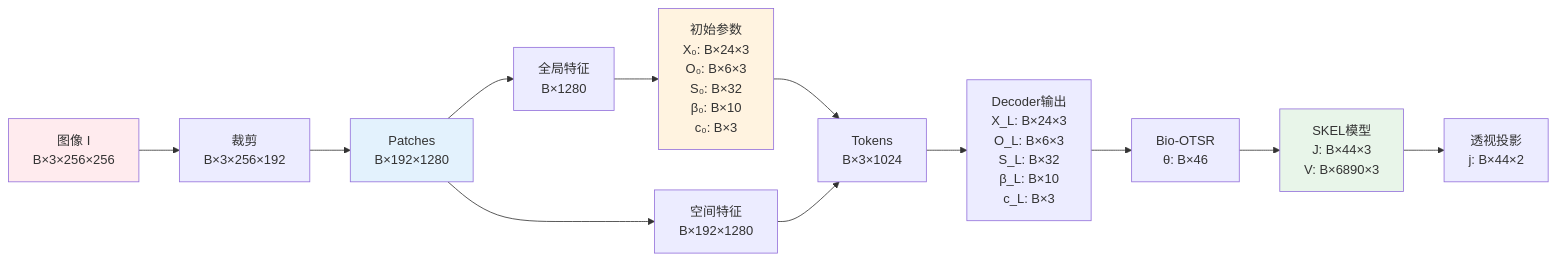
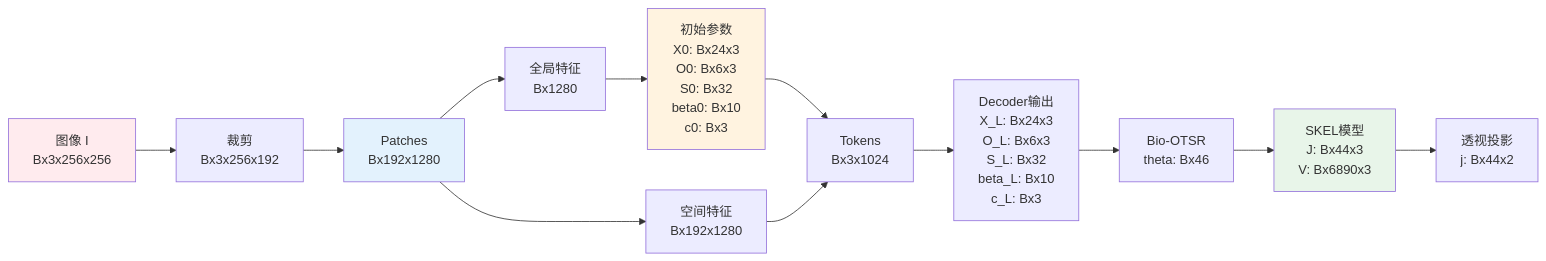
Before and after one commit to xhforever/Bio-OTSR: the eighth of 8 diagrams in docs/ALGORITHM_FLOWCHART.md, drawn with Mermaid. The commit also changed other lines of this file and 693 other files, not shown here.

````diff
--- a/docs/ALGORITHM_FLOWCHART.md
+++ b/docs/ALGORITHM_FLOWCHART.md
@@ -946,27 +946,27 @@
 ```mermaid
 flowchart LR
-    I["图像 I<br/>B×3×256×256"] --> Crop["裁剪<br/>B×3×256×192"]
+    I["图像 I<br/>Bx3x256x256"] --> Crop["裁剪<br/>Bx3x256x192"]
     
-    Crop --> Patches["Patches<br/>B×192×1280"]
+    Crop --> Patches["Patches<br/>Bx192x1280"]
     
-    Patches --> FG["全局特征<br/>B×1280"]
-    Patches --> FS["空间特征<br/>B×192×1280"]
+    Patches --> FG["全局特征<br/>Bx1280"]
+    Patches --> FS["空间特征<br/>Bx192x1280"]
     
-    FG --> Init["初始参数<br/>X₀: B×24×3<br/>O₀: B×6×3<br/>S₀: B×32<br/>β₀: B×10<br/>c₀: B×3"]
+    FG --> Init["初始参数<br/>X0: Bx24x3<br/>O0: Bx6x3<br/>S0: Bx32<br/>beta0: Bx10<br/>c0: Bx3"]
     
-    Init --> Tokens["Tokens<br/>B×3×1024"]
+    Init --> Tokens["Tokens<br/>Bx3x1024"]
     FS --> Tokens
     
-    Tokens --> DecoderOut["Decoder输出<br/>X_L: B×24×3<br/>O_L: B×6×3<br/>S_L: B×32<br/>β_L: B×10<br/>c_L: B×3"]
+    Tokens --> DecoderOut["Decoder输出<br/>X_L: Bx24x3<br/>O_L: Bx6x3<br/>S_L: Bx32<br/>beta_L: Bx10<br/>c_L: Bx3"]
     
-    DecoderOut --> Solver["Bio-OTSR<br/>θ: B×46"]
+    DecoderOut --> Solver["Bio-OTSR<br/>theta: Bx46"]
     
-    Solver --> SKEL["SKEL模型<br/>J: B×44×3<br/>V: B×6890×3"]
+    Solver --> SKEL["SKEL模型<br/>J: Bx44x3<br/>V: Bx6890x3"]
     
-    SKEL --> Proj["透视投影<br/>j: B×44×2"]
+    SKEL --> Proj["透视投影<br/>j: Bx44x2"]
     
     style I fill:#ffebee
     style Patches fill:#e3f2fd
     style Init fill:#fff3e0
     style SKEL fill:#e8f5e9
 ```
````
